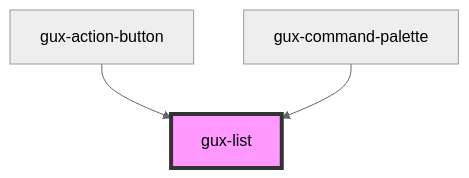
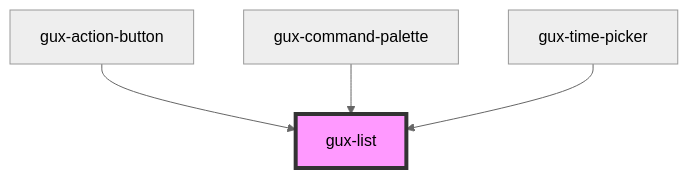
One commit to MyPureCloud/genesys-spark changed the diagram in src/components/gux-list/readme.md. Above: the diagram before and after it, drawn with Mermaid (neutral theme). The commit also changed other lines of this file and 11 other files, not shown here.

First line of the commit message:
feat(component): Add time-picker component

````diff
--- a/src/components/gux-list/readme.md
+++ b/src/components/gux-list/readme.md
@@ -90,6 +91,7 @@
 ```mermaid
 graph TD;
   gux-action-button --> gux-list
   gux-command-palette --> gux-list
+  gux-time-picker --> gux-list
   style gux-list fill:#f9f,stroke:#333,stroke-width:4px
 ```
````
